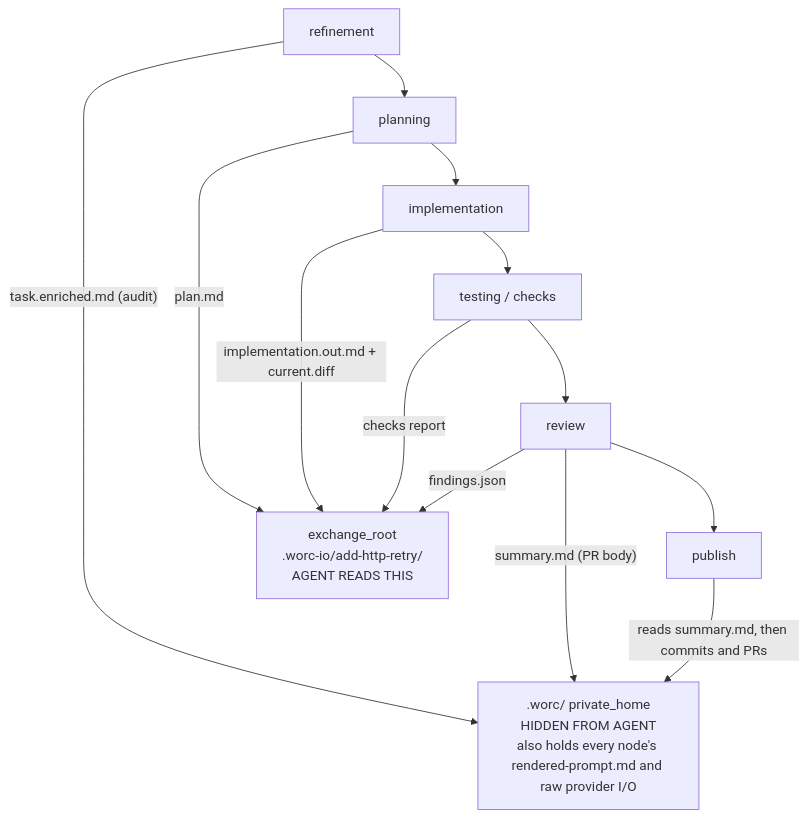
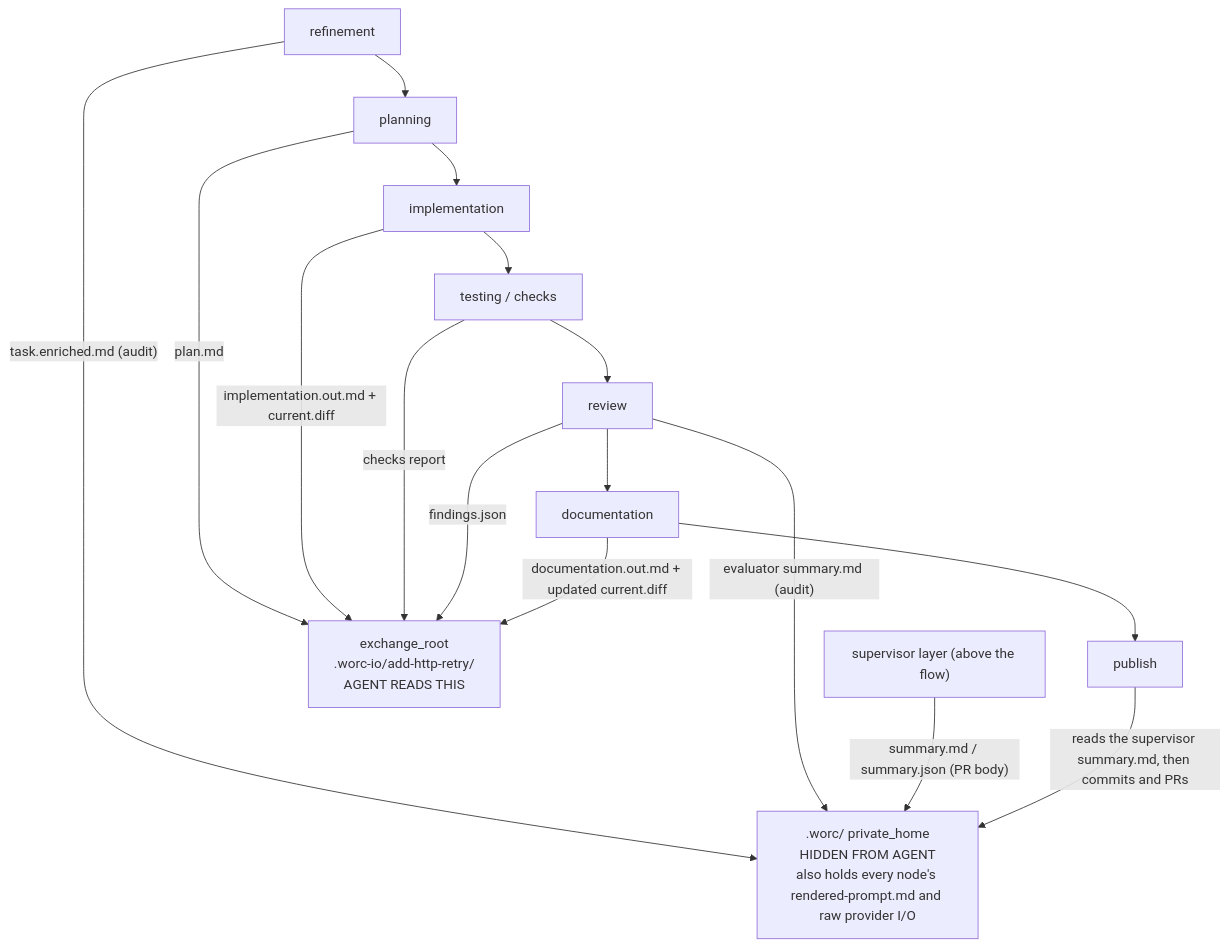
Before and after one commit to VladimirMakarevich/wastech-orchestrator: the first of 3 diagrams in docs/backlog/agent-worc-read-isolation/happy-path.md, drawn with Mermaid. The commit also changed other lines of this file and 7 other files, not shown here.

````diff
--- a/docs/backlog/agent-worc-read-isolation/happy-path.md
+++ b/docs/backlog/agent-worc-read-isolation/happy-path.md
@@ -34,16 +35,18 @@
 ```mermaid
 flowchart TD
-    REF["refinement"] --> PLAN["planning"] --> IMPL["implementation"] --> TEST["testing / checks"] --> REV["review"] --> PUB["publish"]
+    REF["refinement"] --> PLAN["planning"] --> IMPL["implementation"] --> TEST["testing / checks"] --> REV["review"] --> DOC["documentation"] --> PUB["publish"]
 
     PLAN -->|"plan.md"| EX
     IMPL -->|"implementation.out.md + current.diff"| EX
     TEST -->|"checks report"| EX
     REV -->|"findings.json"| EX
+    DOC -->|"documentation.out.md + updated current.diff"| EX
 
     REF -->|"task.enriched.md (audit)"| PH
-    REV -->|"summary.md (PR body)"| PH
-    PUB -->|"reads summary.md, then commits and PRs"| PH
+    REV -->|"evaluator summary.md (audit)"| PH
+    SUP["supervisor layer (above the flow)"] -->|"summary.md / summary.json (PR body)"| PH
+    PUB -->|"reads the supervisor summary.md, then commits and PRs"| PH
 
     EX["exchange_root<br/>.worc-io/add-http-retry/<br/>AGENT READS THIS"]
     PH[".worc/ private_home<br/>HIDDEN FROM AGENT<br/>also holds every node's rendered-prompt.md and raw provider I/O"]
 ```
````
